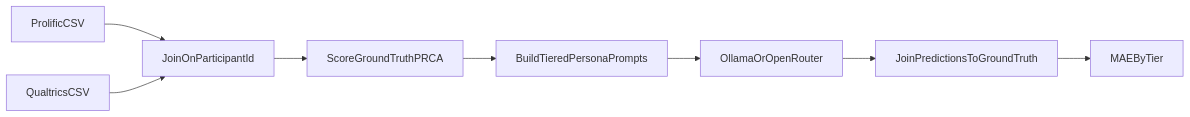
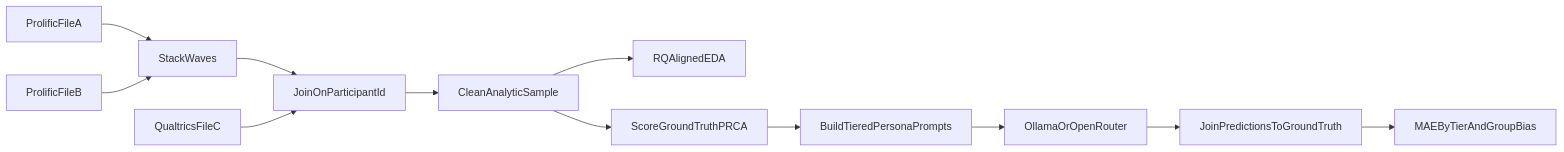
Before and after one commit to Exios66/psych755-jjb: the diagram in docs/framework.qmd, drawn with Mermaid. The commit also changed other lines of this file and 14 other files, not shown here.

````diff
--- a/docs/framework.qmd
+++ b/docs/framework.qmd
@@ -11,10 +13,14 @@
 ```{mermaid}
 flowchart LR
-  prolific[ProlificCSV] --> join[JoinOnParticipantId]
-  qualtrics[QualtricsCSV] --> join
-  join --> score[ScoreGroundTruthPRCA]
+  fileA[ProlificFileA] --> stack[StackWaves]
+  fileB[ProlificFileB] --> stack
+  stack --> join[JoinOnParticipantId]
+  fileC[QualtricsFileC] --> join
+  join --> clean[CleanAnalyticSample]
+  clean --> eda[RQAlignedEDA]
+  clean --> score[ScoreGroundTruthPRCA]
   score --> tiers[BuildTieredPersonaPrompts]
   tiers --> llm[OllamaOrOpenRouter]
   llm --> eval[JoinPredictionsToGroundTruth]
-  eval --> out[MAEByTier]
+  eval --> out[MAEByTierAndGroupBias]
 ```
````
